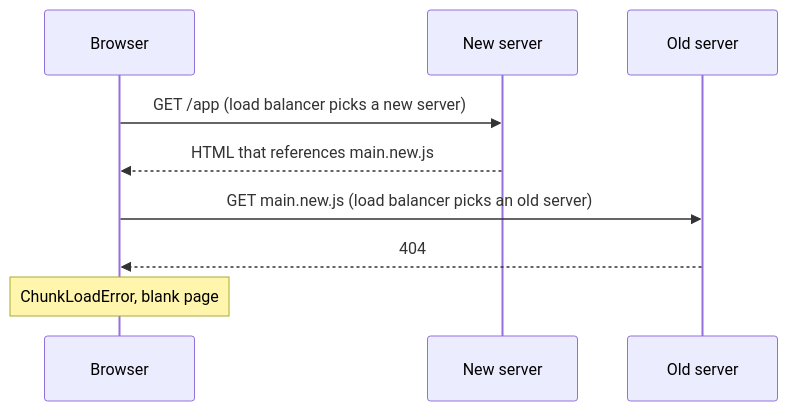
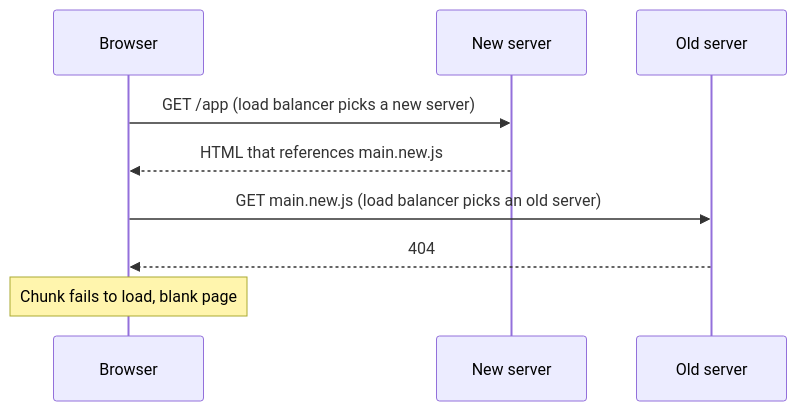
Before and after one commit to johnnymetz/johnny-metz-blog: the first of 2 diagrams in content/posts/zero-downtime-django-deploys-static-asset-cdn.md, drawn with Mermaid. The commit also changed other lines of this file and 1 other file, not shown here.

````diff
--- a/content/posts/zero-downtime-django-deploys-static-asset-cdn.md
+++ b/content/posts/zero-downtime-django-deploys-static-asset-cdn.md
@@ -32,11 +32,11 @@
 ```mermaid
 sequenceDiagram
   participant Browser
   participant New as New server
   participant Old as Old server
   Browser->>New: GET /app (load balancer picks a new server)
   New-->>Browser: HTML that references main.new.js
   Browser->>Old: GET main.new.js (load balancer picks an old server)
   Old-->>Browser: 404
-  Note over Browser: ChunkLoadError, blank page
+  Note over Browser: Chunk fails to load, blank page
 ```
````
